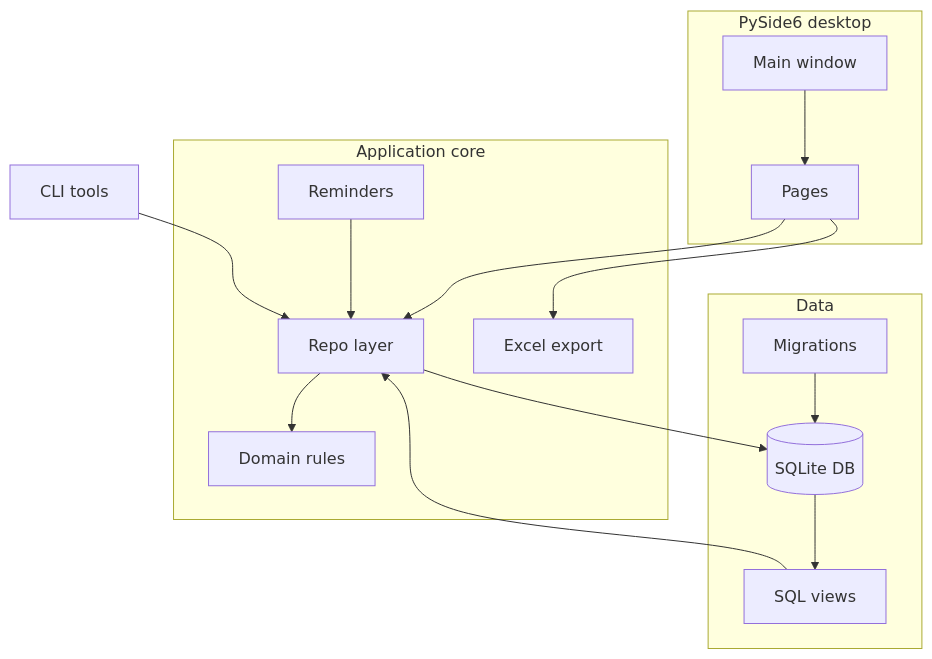
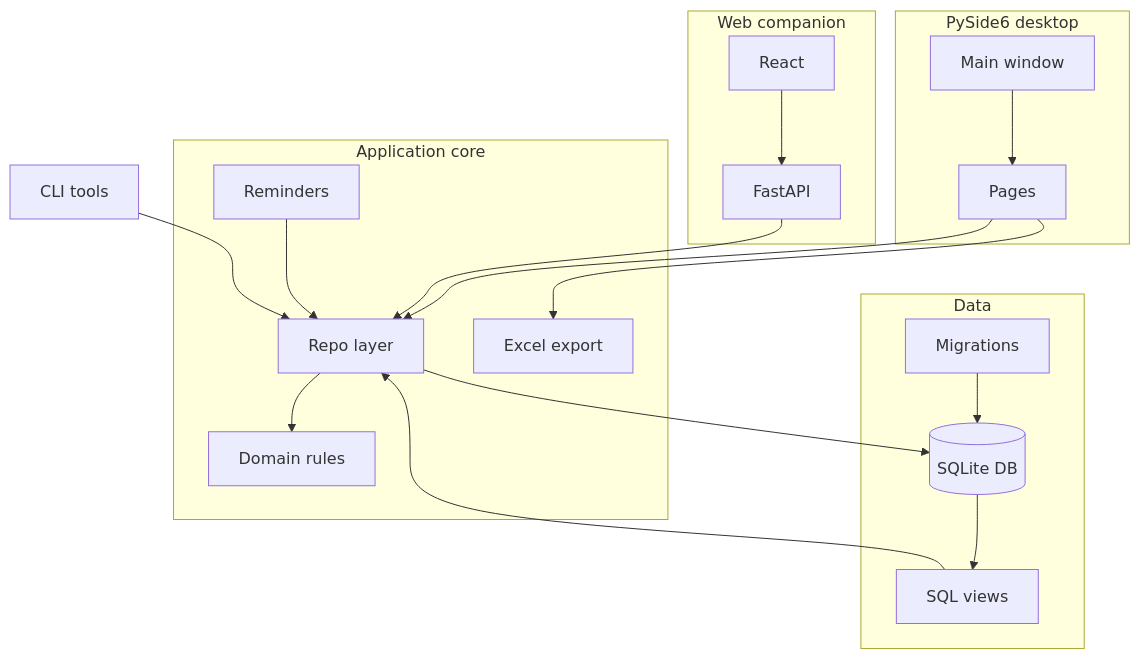
Before and after one commit to salonic06/PersonalizedTally: the diagram in README.md, drawn with Mermaid. The commit also changed other lines of this file and 31 other files, not shown here.

First line of the commit message:
Add FastAPI + React web companionFeature/web api (#1)

````diff
--- a/README.md
+++ b/README.md
@@ -13,31 +19,38 @@
 ```mermaid
 flowchart TB
   subgraph ui [PySide6 desktop]
     MW[Main window]
     PG[Pages]
     MW --> PG
   end
 
   subgraph core [Application core]
     Repo[Repo layer]
     Domain[Domain rules]
     Notif[Reminders]
     Excel[Excel export]
   end
 
   subgraph data [Data]
     DB[(SQLite DB)]
     Views[SQL views]
     Mig[Migrations]
   end
 
+  subgraph web [Web companion]
+    API[FastAPI]
+    SPA[React]
+    SPA --> API
+  end
+
   PG --> Repo
+  API --> Repo
   Repo --> Domain
   Repo --> DB
   Mig --> DB
   DB --> Views
   Views --> Repo
   PG --> Excel
   Notif --> Repo
   Tools[CLI tools] --> Repo
 ```
````
